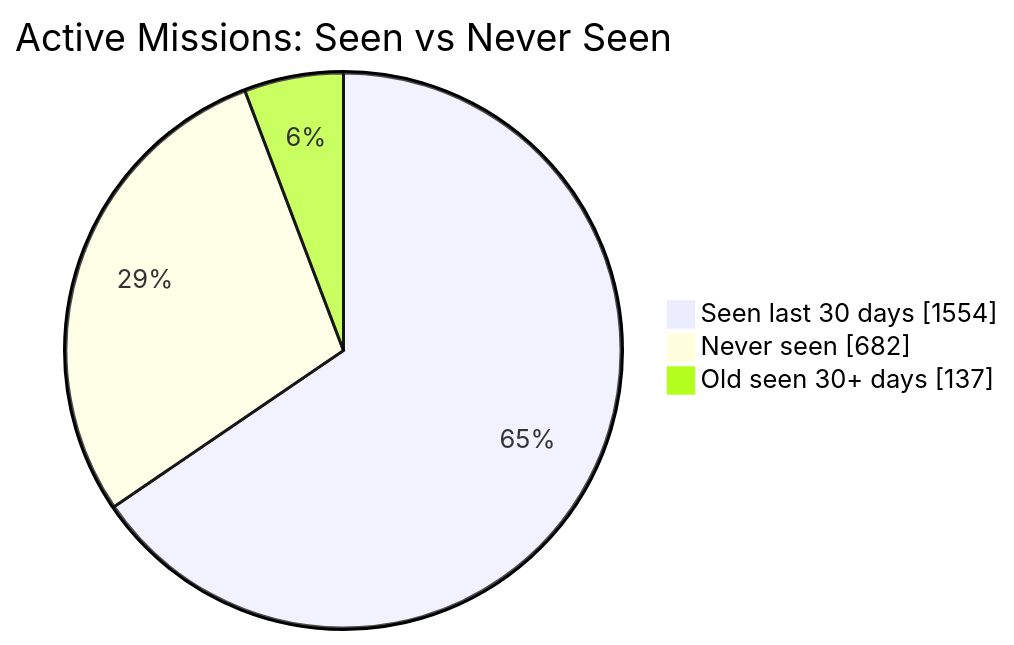
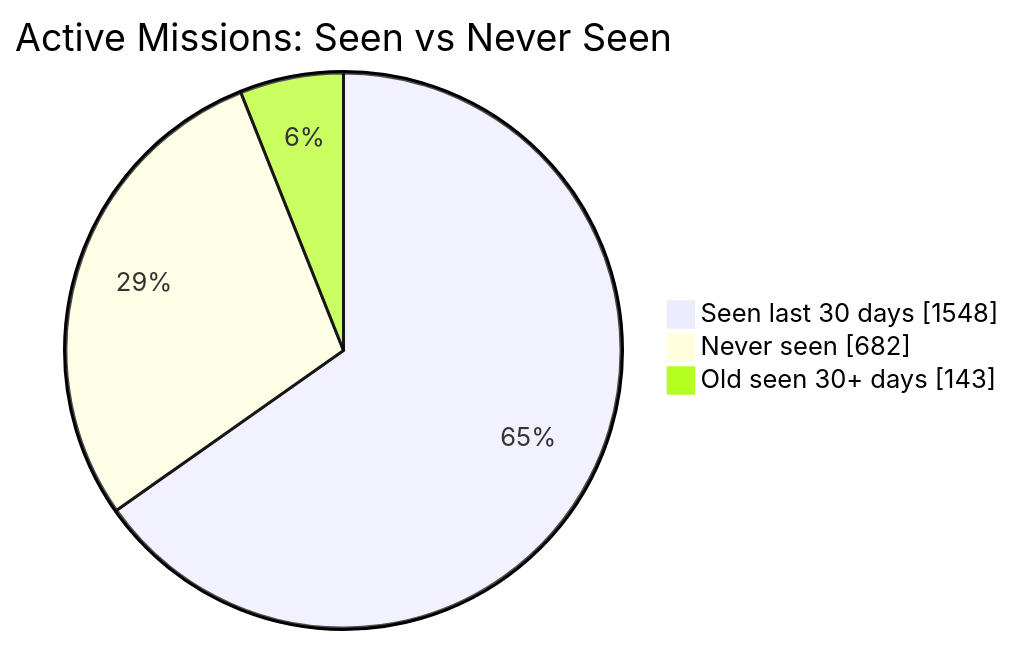
Before and after one commit to MeldkamerspelGameTeam/active-missions: the first of 2 diagrams in README.md, drawn with Mermaid. The commit also changed other lines of this file and 2 other files, not shown here.

````diff
--- a/README.md
+++ b/README.md
@@ -34,7 +34,7 @@
 ```mermaid
 pie showData
     title Active Missions: Seen vs Never Seen
-    "Seen last 30 days" : 1554
+    "Seen last 30 days" : 1548
     "Never seen" : 682
-    "Old seen 30+ days" : 137
+    "Old seen 30+ days" : 143
 ```
````
